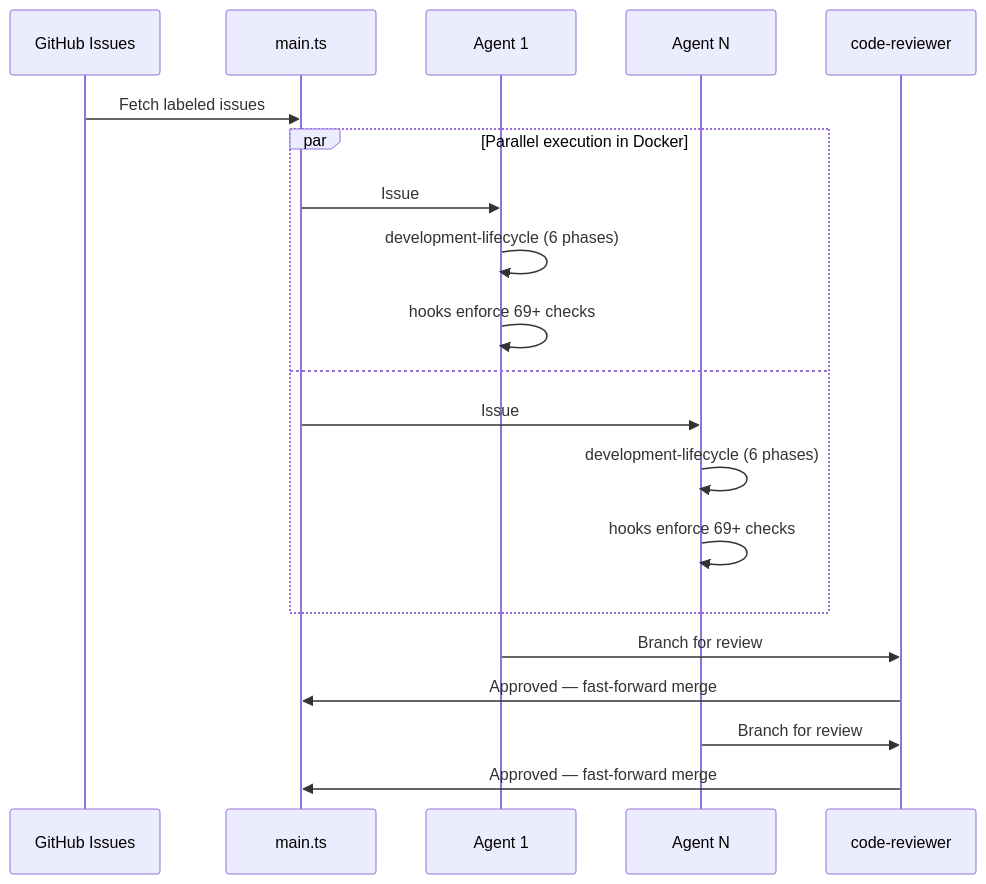
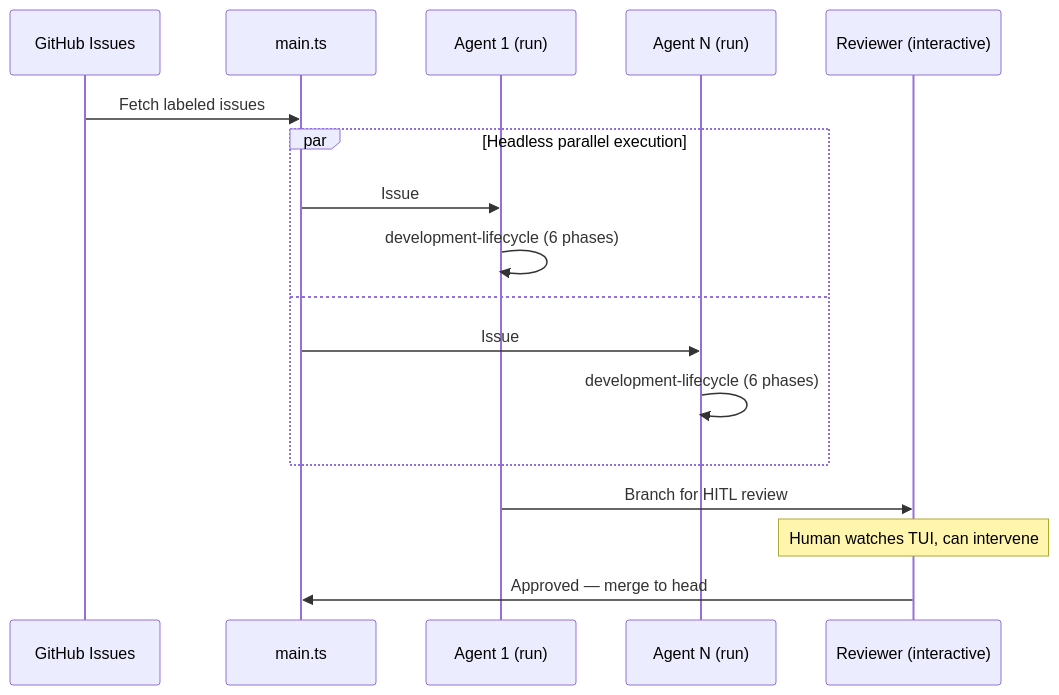
Before and after one commit to malinskibeniamin/skills: the diagram in setup-sandcastle/SKILL.md, drawn with Mermaid. The commit also changed other lines of this file and 1 other file, not shown here.

First line of the commit message:
docs(sandcastle): add interactive() HITL mode and launch mode comparison

````diff
--- a/setup-sandcastle/SKILL.md
+++ b/setup-sandcastle/SKILL.md
@@ -16,25 +23,22 @@
 ```mermaid
 sequenceDiagram
     participant GH as GitHub Issues
     participant Main as main.ts
-    participant A1 as Agent 1
-    participant An as Agent N
-    participant Rev as code-reviewer
+    participant A1 as Agent 1 (run)
+    participant An as Agent N (run)
+    participant Rev as Reviewer (interactive)
 
     GH->>Main: Fetch labeled issues
 
-    par Parallel execution in Docker
-        Main->>A1: Issue #1 (isolated sandbox)
+    par Headless parallel execution
+        Main->>A1: Issue #1 (Docker sandbox)
         A1->>A1: development-lifecycle (6 phases)
-        A1->>A1: hooks enforce 69+ checks
     and
-        Main->>An: Issue #N (isolated sandbox)
+        Main->>An: Issue #N (Docker sandbox)
         An->>An: development-lifecycle (6 phases)
-        An->>An: hooks enforce 69+ checks
     end
 
-    A1->>Rev: Branch for review
-    Rev->>Main: Approved — fast-forward merge
-    An->>Rev: Branch for review
-    Rev->>Main: Approved — fast-forward merge
+    A1->>Rev: Branch for HITL review
+    Note over Rev: Human watches TUI, can intervene
+    Rev->>Main: Approved — merge to head
 ```
````
